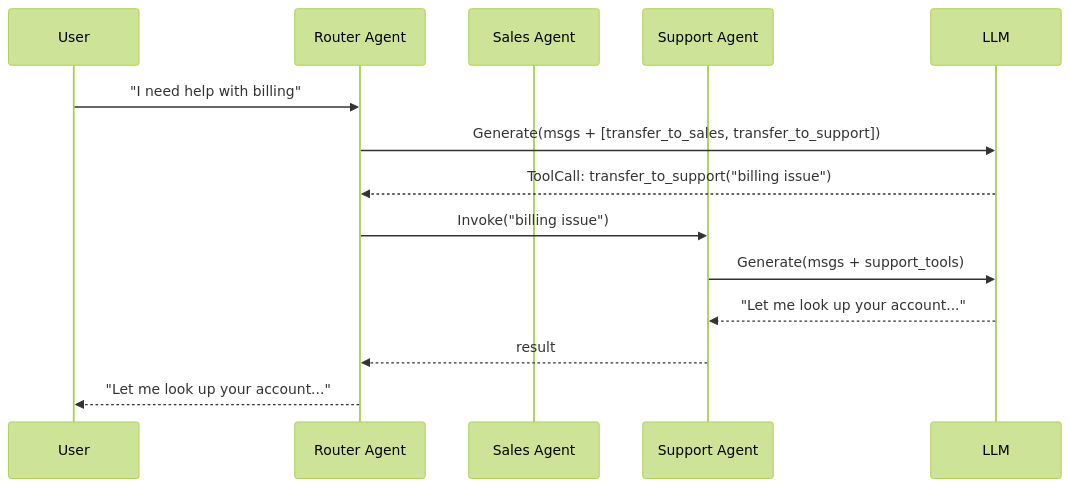
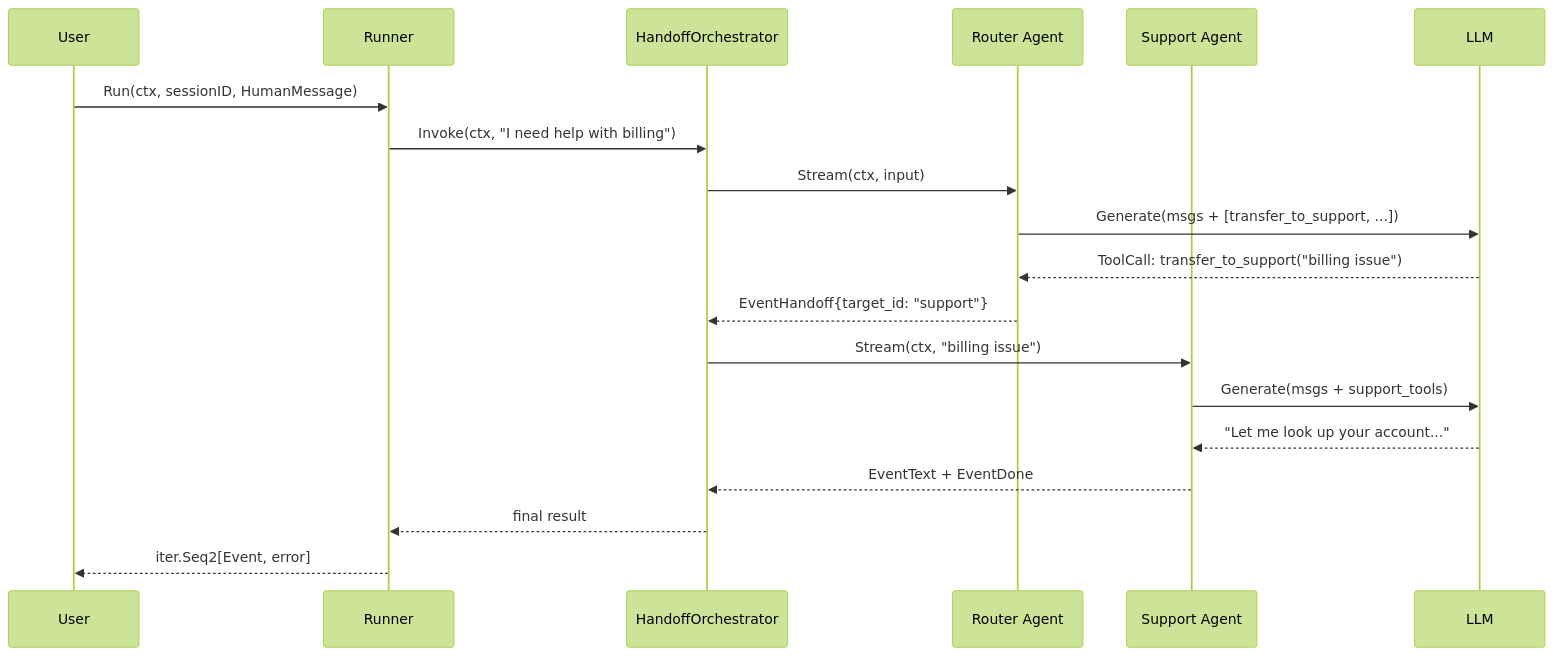
Before and after one commit to lookatitude/beluga-ai: the sixth of 8 diagrams in docs/website/src/content/docs/docs/architecture/concepts.md, drawn with Mermaid (forest theme). The commit also changed other lines of this file and 7 other files, not shown here.

First line of the commit message:
docs: fix architecture, concepts, packages, and API reference to match current codebase

````diff
--- a/docs/website/src/content/docs/docs/architecture/concepts.md
+++ b/docs/website/src/content/docs/docs/architecture/concepts.md
@@ -290,17 +706,22 @@
 ```mermaid
 sequenceDiagram
     participant User
+    participant Runner
+    participant Orchestrator as HandoffOrchestrator
     participant Router as Router Agent
-    participant Sales as Sales Agent
     participant Support as Support Agent
     participant LLM
 
-    User->>Router: "I need help with billing"
-    Router->>LLM: Generate(msgs + [transfer_to_sales, transfer_to_support])
+    User->>Runner: Run(ctx, sessionID, HumanMessage)
+    Runner->>Orchestrator: Invoke(ctx, "I need help with billing")
+    Orchestrator->>Router: Stream(ctx, input)
+    Router->>LLM: Generate(msgs + [transfer_to_support, ...])
     LLM-->>Router: ToolCall: transfer_to_support("billing issue")
-    Router->>Support: Invoke("billing issue")
+    Router-->>Orchestrator: EventHandoff{target_id: "support"}
+    Orchestrator->>Support: Stream(ctx, "billing issue")
     Support->>LLM: Generate(msgs + support_tools)
     LLM-->>Support: "Let me look up your account..."
-    Support-->>Router: result
-    Router-->>User: "Let me look up your account..."
+    Support-->>Orchestrator: EventText + EventDone
+    Orchestrator-->>Runner: final result
+    Runner-->>User: iter.Seq2[Event, error]
 ```
````
